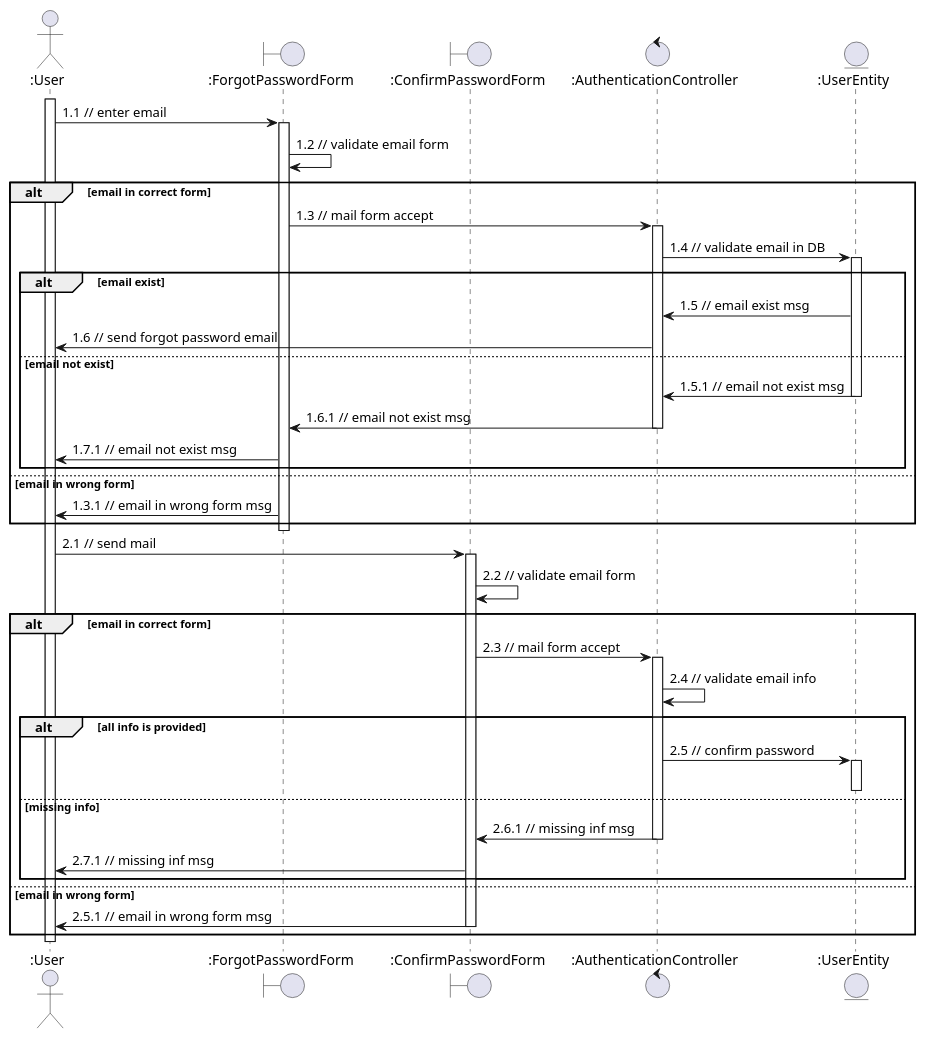
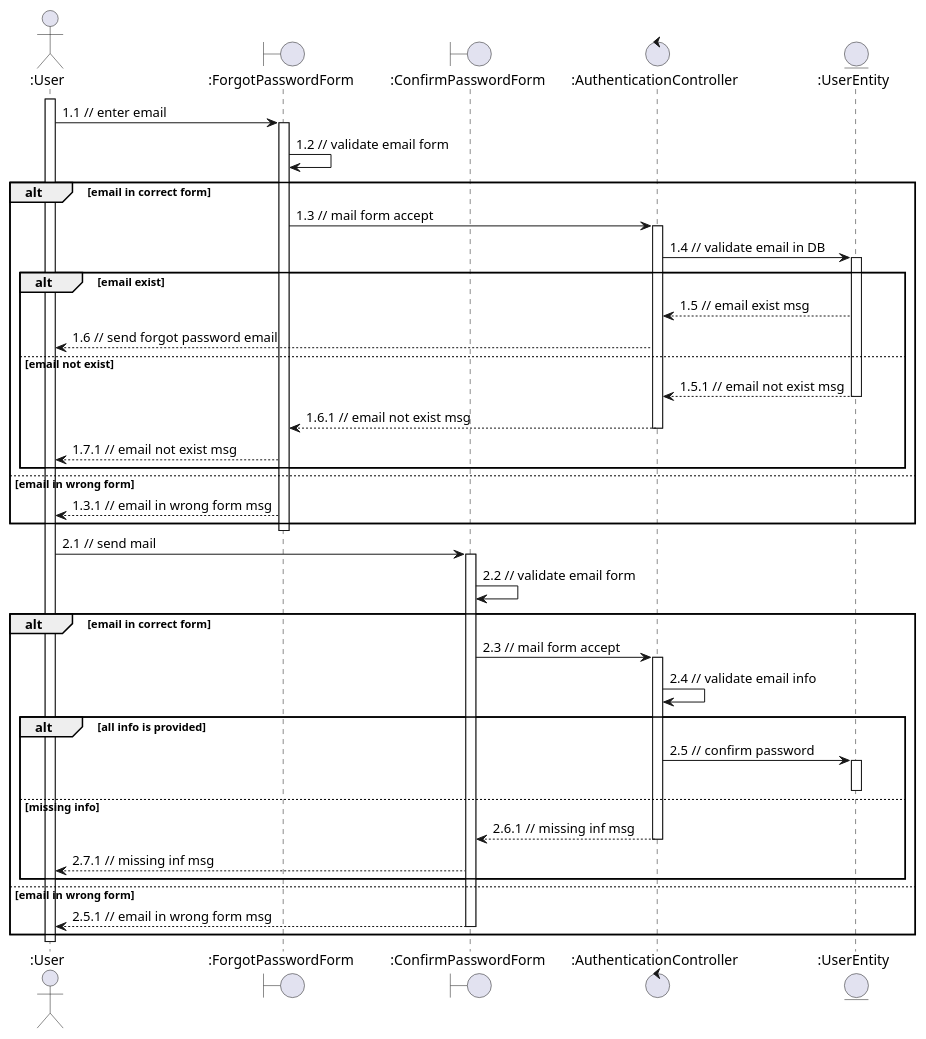
The diagram in sequence - analaysis/authentication/forgotPassword.plantuml (anonyhostvn/OOAD-Diagram), drawn with PlantUML before and after one commit. The commit also changed 14 other files, not shown here.

Commit message:
sequenceDiagramAuthenticationUpdateFull

```diff
--- a/sequence - analaysis/authentication/forgotPassword.plantuml
+++ b/sequence - analaysis/authentication/forgotPassword.plantuml
@@ -1,61 +1,61 @@
 @startuml
 actor ":User"
 boundary ":ForgotPasswordForm"
 boundary ":ConfirmPasswordForm"
 control ":AuthenticationController"
 entity ":UserEntity"
 
 activate ":User"
 ":User" -> ":ForgotPasswordForm" : 1.1 // enter email
 activate ":ForgotPasswordForm"
 ":ForgotPasswordForm" -> ":ForgotPasswordForm" : 1.2 // validate email form
 
 alt email in correct form
 
 ":ForgotPasswordForm" -> ":AuthenticationController" : 1.3 // mail form accept
 activate ":AuthenticationController"
 ":AuthenticationController" -> ":UserEntity" : 1.4 // validate email in DB
 activate ":UserEntity"
 
 alt email exist
-":UserEntity" -> ":AuthenticationController" : 1.5 // email exist msg
-":AuthenticationController" -> ":User" : 1.6 // send forgot password email
+":UserEntity" --> ":AuthenticationController" : 1.5 // email exist msg
+":AuthenticationController" --> ":User" : 1.6 // send forgot password email
 else email not exist
 
-":UserEntity" -> ":AuthenticationController" : 1.5.1 // email not exist msg
+":UserEntity" --> ":AuthenticationController" : 1.5.1 // email not exist msg
 deactivate ":UserEntity"
-":AuthenticationController" -> ":ForgotPasswordForm" : 1.6.1 // email not exist msg
+":AuthenticationController" --> ":ForgotPasswordForm" : 1.6.1 // email not exist msg
 deactivate ":AuthenticationController"
-":ForgotPasswordForm" -> ":User" : 1.7.1 // email not exist msg
+":ForgotPasswordForm" --> ":User" : 1.7.1 // email not exist msg
 end
 
 else email in wrong form
-":ForgotPasswordForm" -> ":User" : 1.3.1 // email in wrong form msg
+":ForgotPasswordForm" --> ":User" : 1.3.1 // email in wrong form msg
 
 end
 deactivate ":ForgotPasswordForm"
 ":User" -> ":ConfirmPasswordForm" : 2.1 // send mail
 activate ":ConfirmPasswordForm"
 ":ConfirmPasswordForm" -> ":ConfirmPasswordForm" : 2.2 // validate email form
 
 alt email in correct form
 
 ":ConfirmPasswordForm" -> ":AuthenticationController" : 2.3 // mail form accept
 activate ":AuthenticationController"
 ":AuthenticationController" -> ":AuthenticationController" : 2.4 // validate email info
 
 alt all info is provided
 ":AuthenticationController" -> ":UserEntity" : 2.5 // confirm password
 activate ":UserEntity"
 deactivate ":UserEntity"
 else missing info
-":AuthenticationController" -> ":ConfirmPasswordForm" : 2.6.1 // missing inf msg
+":AuthenticationController" --> ":ConfirmPasswordForm" : 2.6.1 // missing inf msg
 deactivate ":AuthenticationController"
-":ConfirmPasswordForm" -> ":User" : 2.7.1 // missing inf msg
+":ConfirmPasswordForm" --> ":User" : 2.7.1 // missing inf msg
 end
 else email in wrong form
-":ConfirmPasswordForm" -> ":User" : 2.5.1 // email in wrong form msg
+":ConfirmPasswordForm" --> ":User" : 2.5.1 // email in wrong form msg
 deactivate ":ConfirmPasswordForm"
 end
 deactivate ":User"
 @enduml
```
